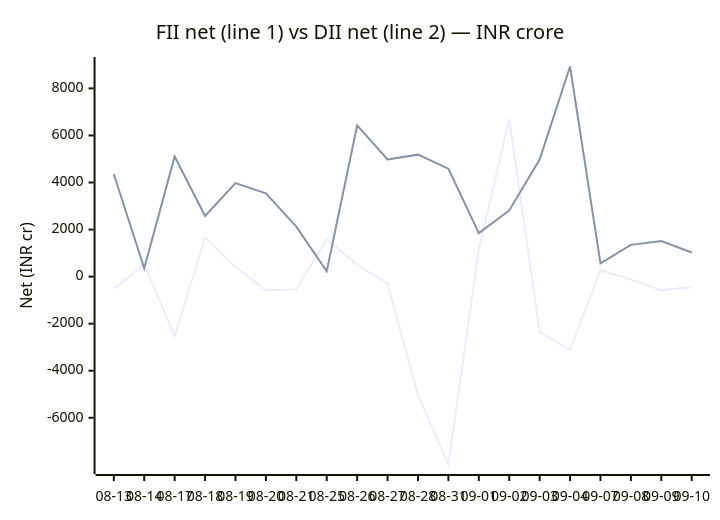
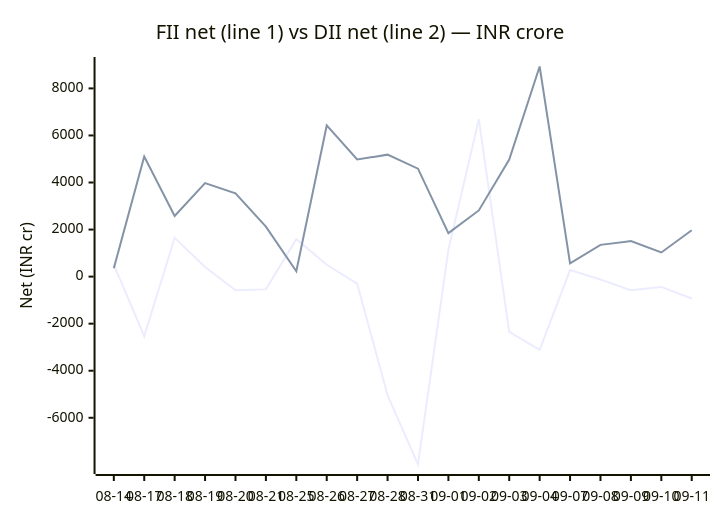
Before and after one commit to chirag127/fii-dii-activity-api: the second of 2 diagrams in README.md, drawn with Mermaid. The commit also changed 2 other files, not shown here.

Commit message:
data: scrape 2026-09-14

````diff
--- a/README.md
+++ b/README.md
@@ -53,8 +53,8 @@
 ```mermaid
 xychart-beta
     title "FII net (line 1) vs DII net (line 2) — INR crore"
-    x-axis ["08-13", "08-14", "08-17", "08-18", "08-19", "08-20", "08-21", "08-25", "08-26", "08-27", "08-28", "08-31", "09-01", "09-02", "09-03", "09-04", "09-07", "09-08", "09-09", "09-10"]
+    x-axis ["08-14", "08-17", "08-18", "08-19", "08-20", "08-21", "08-25", "08-26", "08-27", "08-28", "08-31", "09-01", "09-02", "09-03", "09-04", "09-07", "09-08", "09-09", "09-10", "09-11"]
     y-axis "Net (INR cr)" -7986 --> 8931
-    line [-510.69, 508.12, -2535.1, 1651.53, 407.99, -583.36, -542.71, 1593.53, 502.63, -298.26, -5039.8, -7985.88, 1143.38, 6688.37, -2345.87, -3111.94, 280.13, -123.19, -582.99, -438.24]
-    line [4353.09, 356.4, 5101.46, 2579.31, 3973.72, 3537.71, 2124.14, 230.26, 6425.16, 4977.17, 5183.93, 4588.88, 1846.94, 2812.98, 4977.46, 8930.12, 566.76, 1349.64, 1509.04, 1025.85]
+    line [508.12, -2535.1, 1651.53, 407.99, -583.36, -542.71, 1593.53, 502.63, -298.26, -5039.8, -7985.88, 1143.38, 6688.37, -2345.87, -3111.94, 280.13, -123.19, -582.99, -438.24, -930.9]
+    line [356.4, 5101.46, 2579.31, 3973.72, 3537.71, 2124.14, 230.26, 6425.16, 4977.17, 5183.93, 4588.88, 1846.94, 2812.98, 4977.46, 8930.12, 566.76, 1349.64, 1509.04, 1025.85, 1968.17]
 ```
````
